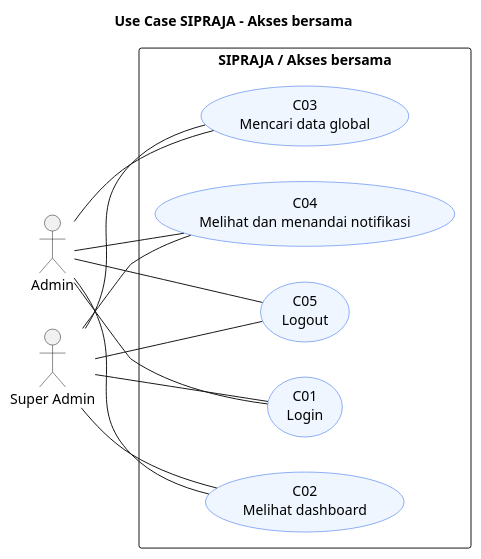
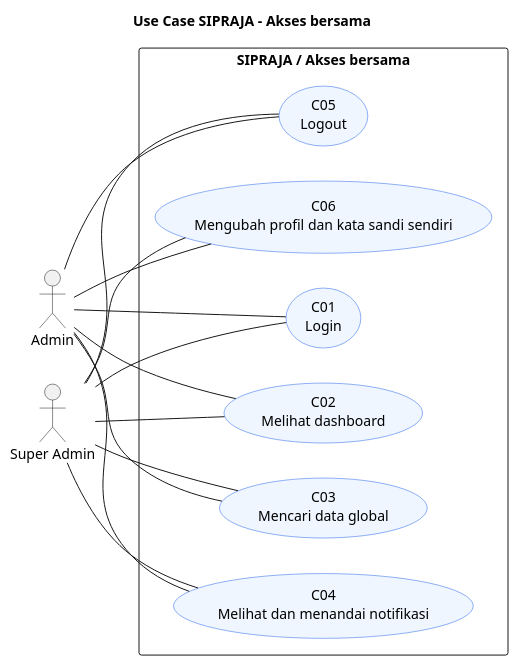
Before and after one commit to Samuel-smr/Satpolpp: the second of 7 diagrams in docs/SIPRAJA-use-case.puml, drawn with PlantUML. The commit also changed other lines of this file and 8 other files, not shown here.

Commit message:
Selaraskan diagram dengan implementasi sistem

```diff
--- a/docs/SIPRAJA-use-case.puml
+++ b/docs/SIPRAJA-use-case.puml
@@ -26,29 +26,32 @@
 @startuml SIPRAJA_2
 left to right direction
 skinparam packageStyle rectangle
 skinparam shadowing false
 skinparam usecase {
   BackgroundColor #EFF6FF
   BorderColor #2563EB
 }
 title Use Case SIPRAJA - Akses bersama
 actor "Admin" as ACTOR0
 actor "Super Admin" as ACTOR1
 rectangle "SIPRAJA / Akses bersama" {
   usecase "C01\nLogin" as C01
   usecase "C02\nMelihat dashboard" as C02
   usecase "C03\nMencari data global" as C03
   usecase "C04\nMelihat dan menandai notifikasi" as C04
   usecase "C05\nLogout" as C05
+  usecase "C06\nMengubah profil dan kata sandi sendiri" as C06
 }
 ACTOR0 -- C01
 ACTOR1 -- C01
 ACTOR0 -- C02
 ACTOR1 -- C02
 ACTOR0 -- C03
 ACTOR1 -- C03
 ACTOR0 -- C04
 ACTOR1 -- C04
 ACTOR0 -- C05
 ACTOR1 -- C05
+ACTOR0 -- C06
+ACTOR1 -- C06
 @enduml
```
